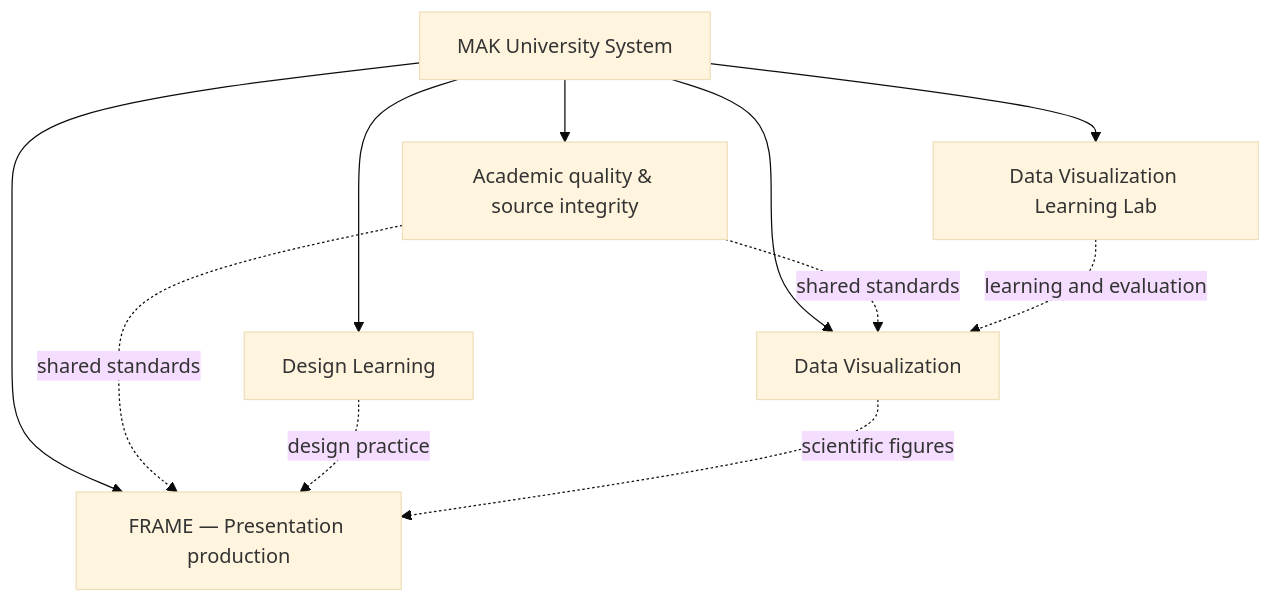
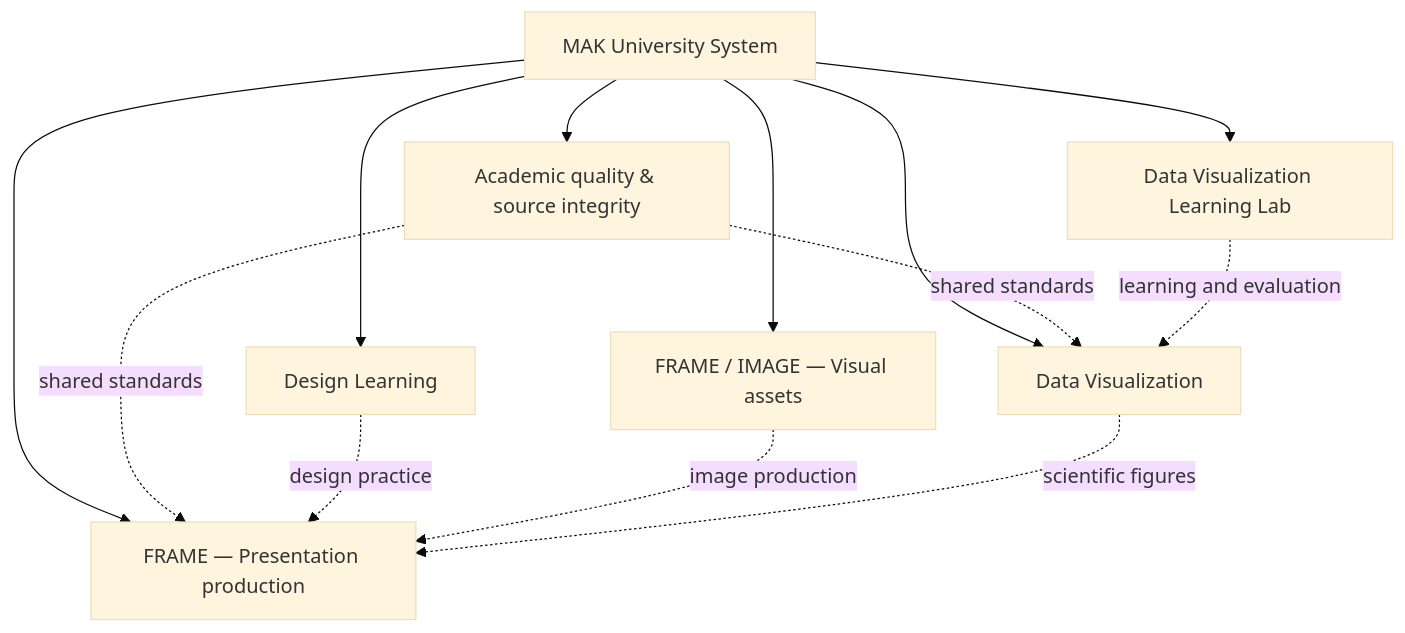
Before and after one commit to mohammadAliKeshavarzSarkar/MAK-University-System: the diagram in README.md, drawn with Mermaid (base theme). The commit also changed other lines of this file and 9 other files, not shown here.

Commit message:
skills: establish FRAME IMAGE visual asset workflow and pilot evidence

````diff
--- a/README.md
+++ b/README.md
@@ -24,19 +25,22 @@
 ```mermaid
 flowchart TD
     MAK["MAK University System"]
     ST["Academic quality & source integrity"]
     FRAME["FRAME — Presentation production"]
     DL["Design Learning"]
+    IMG["FRAME / IMAGE — Visual assets"]
     DV["Data Visualization"]
     LAB["Data Visualization Learning Lab"]
     MAK --> ST
     MAK --> FRAME
     MAK --> DL
+    MAK --> IMG
     MAK --> DV
     MAK --> LAB
     ST -. shared standards .-> FRAME
     ST -. shared standards .-> DV
     DL -. design practice .-> FRAME
+    IMG -. image production .-> FRAME
     DV -. scientific figures .-> FRAME
     LAB -. learning and evaluation .-> DV
 ```
````
